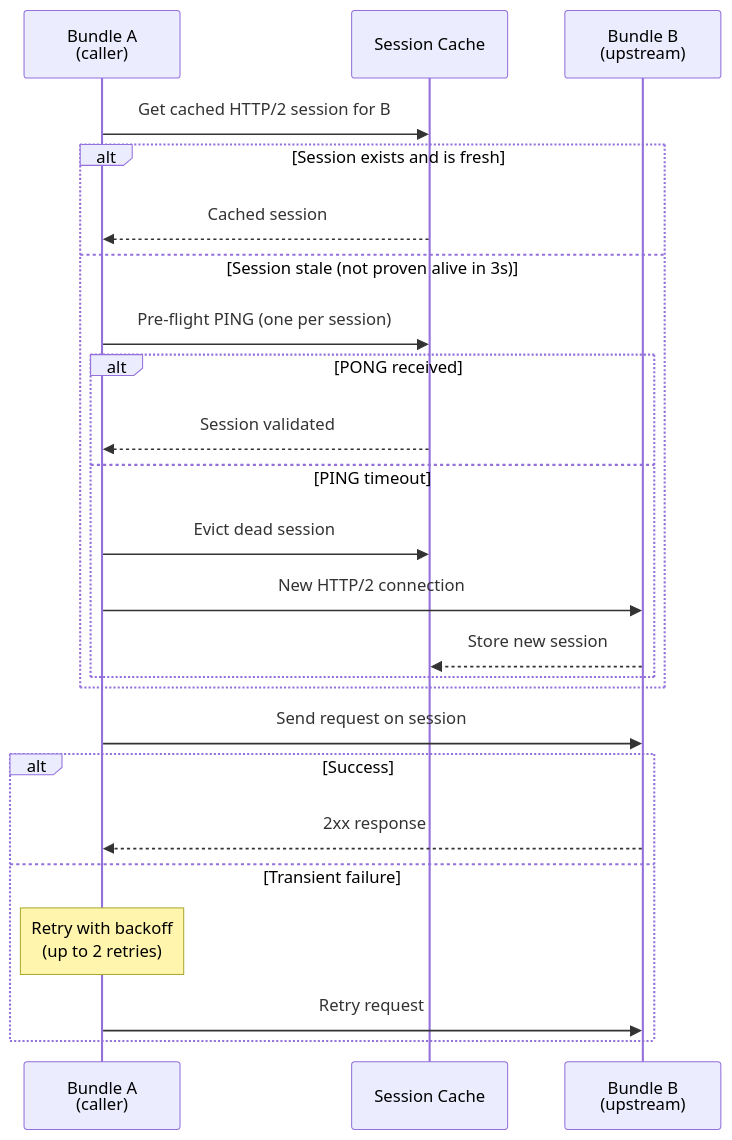
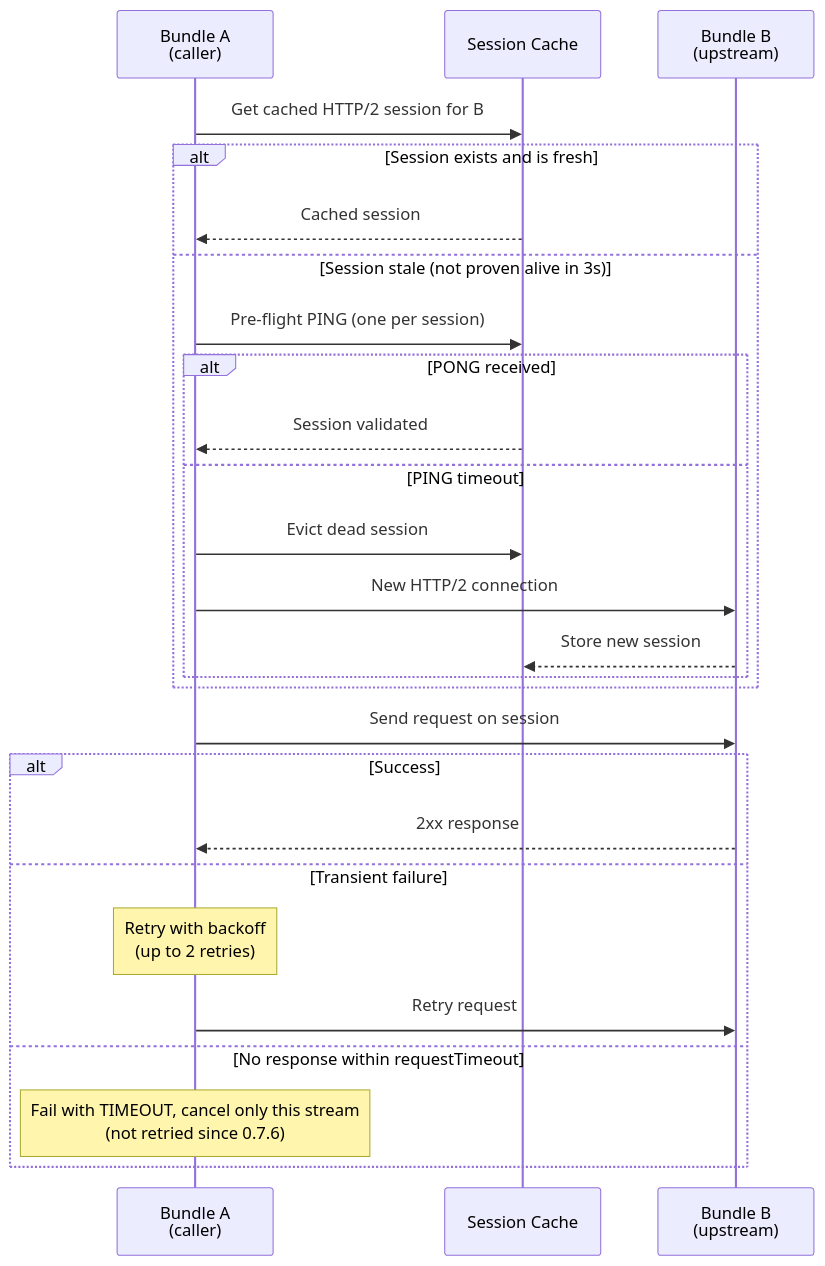
One commit to gina-io/docs changed the diagram in docs/guides/http2-resilience.md. Above: the diagram before and after it, drawn with Mermaid. The commit also changed other lines of this file and 2 other files, not shown here.

````diff
--- a/docs/guides/http2-resilience.md
+++ b/docs/guides/http2-resilience.md
@@ -30,27 +30,29 @@
 ```mermaid
 sequenceDiagram
     participant A as Bundle A<br/>(caller)
     participant Cache as Session Cache
     participant B as Bundle B<br/>(upstream)
 
     A->>Cache: Get cached HTTP/2 session for B
     alt Session exists and is fresh
         Cache-->>A: Cached session
     else Session stale (not proven alive in 3s)
         A->>Cache: Pre-flight PING (one per session)
         alt PONG received
             Cache-->>A: Session validated
         else PING timeout
             A->>Cache: Evict dead session
             A->>B: New HTTP/2 connection
             B-->>Cache: Store new session
         end
     end
     A->>B: Send request on session
     alt Success
         B-->>A: 2xx response
     else Transient failure
         Note over A: Retry with backoff<br/>(up to 2 retries)
         A->>B: Retry request
+    else No response within requestTimeout
+        Note over A: Fail with TIMEOUT, cancel only this stream<br/>(not retried since 0.7.6)
     end
 ```
````
